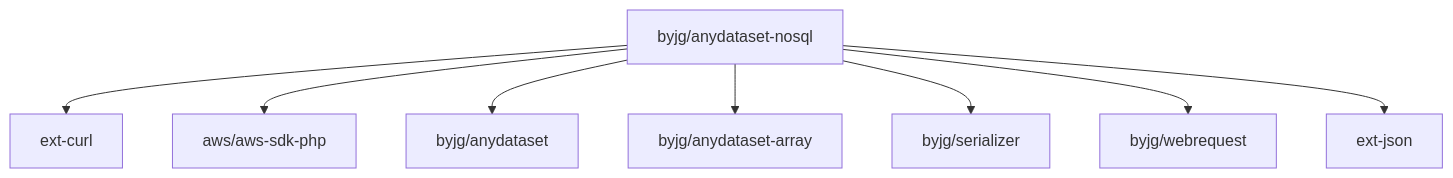
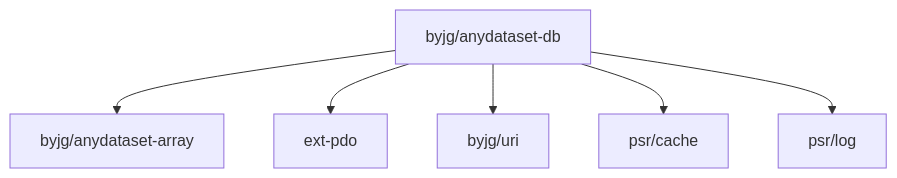
The diagram in README.md (byjg/php-anydataset-nosql), drawn with Mermaid before and after one commit. The commit also changed other lines of this file, not shown here.

````diff
--- a/README.md
+++ b/README.md
@@ -89,10 +70,8 @@
 ```mermaid
 flowchart TD
-   byjg/anydataset-nosql --> ext-curl
-   byjg/anydataset-nosql --> aws/aws-sdk-php
-   byjg/anydataset-nosql --> byjg/anydataset
-   byjg/anydataset-nosql --> byjg/anydataset-array
-   byjg/anydataset-nosql --> byjg/serializer
-   byjg/anydataset-nosql --> byjg/webrequest
-   byjg/anydataset-nosql --> ext-json
+    byjg/anydataset-db --> byjg/anydataset-array
+    byjg/anydataset-db --> ext-pdo
+    byjg/anydataset-db --> byjg/uri
+    byjg/anydataset-db --> psr/cache
+    byjg/anydataset-db --> psr/log
 ```
````
